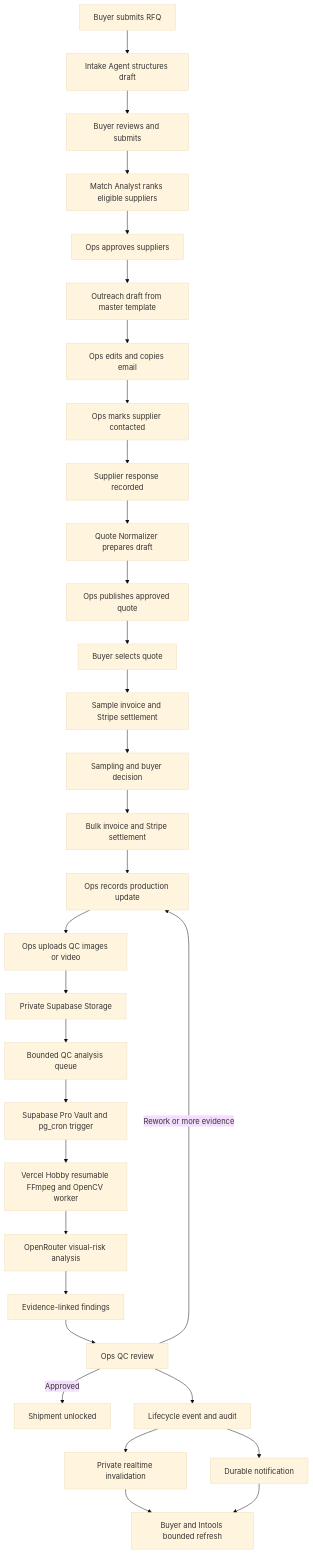
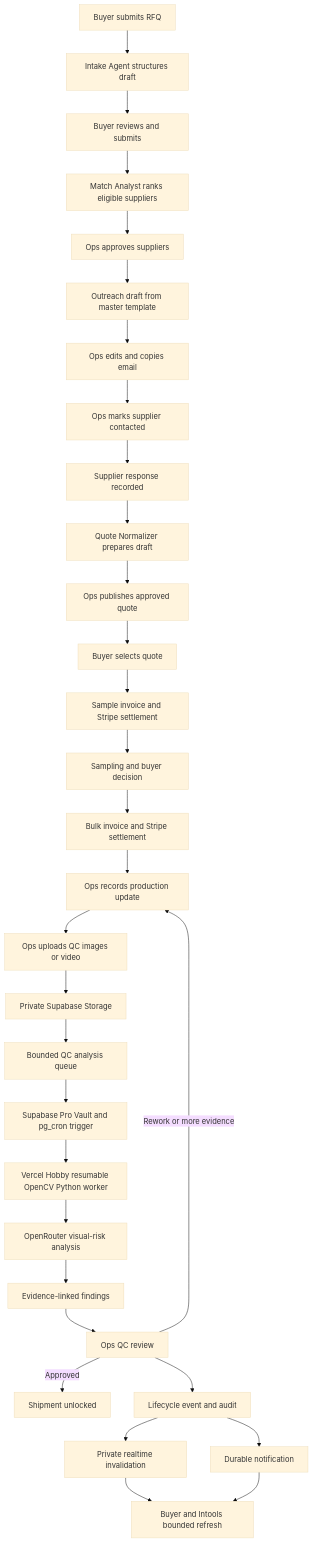
One commit to jun850/ai-sourcing-agents changed the first of 8 diagrams in docs/data-flows.md. Above: the diagram before and after it, drawn with Mermaid (base theme). The commit also changed other lines of this file and 11 other files, not shown here.

Commit message:
fix(qc): use native Vercel worker

````diff
--- a/docs/data-flows.md
+++ b/docs/data-flows.md
@@ -11,33 +11,33 @@
 ```mermaid
 flowchart TD
     B[Buyer submits RFQ] --> I[Intake Agent structures draft]
     I --> BA[Buyer reviews and submits]
     BA --> R[Match Analyst ranks eligible suppliers]
     R --> OA[Ops approves suppliers]
     OA --> D[Outreach draft from master template]
     D --> C[Ops edits and copies email]
     C --> MC[Ops marks supplier contacted]
     MC --> SR[Supplier response recorded]
     SR --> QD[Quote Normalizer prepares draft]
     QD --> QP[Ops publishes approved quote]
     QP --> QS[Buyer selects quote]
     QS --> SP[Sample invoice and Stripe settlement]
     SP --> SA[Sampling and buyer decision]
     SA --> BP[Bulk invoice and Stripe settlement]
     BP --> PU[Ops records production update]
     PU --> UE[Ops uploads QC images or video]
     UE --> ST[Private Supabase Storage]
     ST --> J[Bounded QC analysis queue]
     J --> SC[Supabase Pro Vault and pg_cron trigger]
-    SC --> W[Vercel Hobby resumable FFmpeg and OpenCV worker]
+    SC --> W[Vercel Hobby resumable OpenCV Python worker]
     W --> OR[OpenRouter visual-risk analysis]
     OR --> F[Evidence-linked findings]
     F --> HR[Ops QC review]
     HR -->|Approved| SH[Shipment unlocked]
     HR -->|Rework or more evidence| PU
     HR --> EV[Lifecycle event and audit]
     EV --> RT[Private realtime invalidation]
     EV --> N[Durable notification]
     RT --> UI[Buyer and Intools bounded refresh]
     N --> UI
 ```
````
